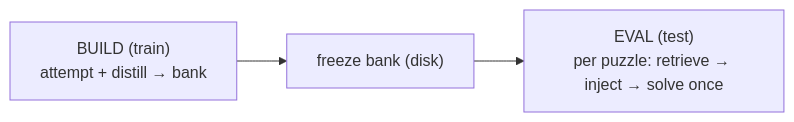
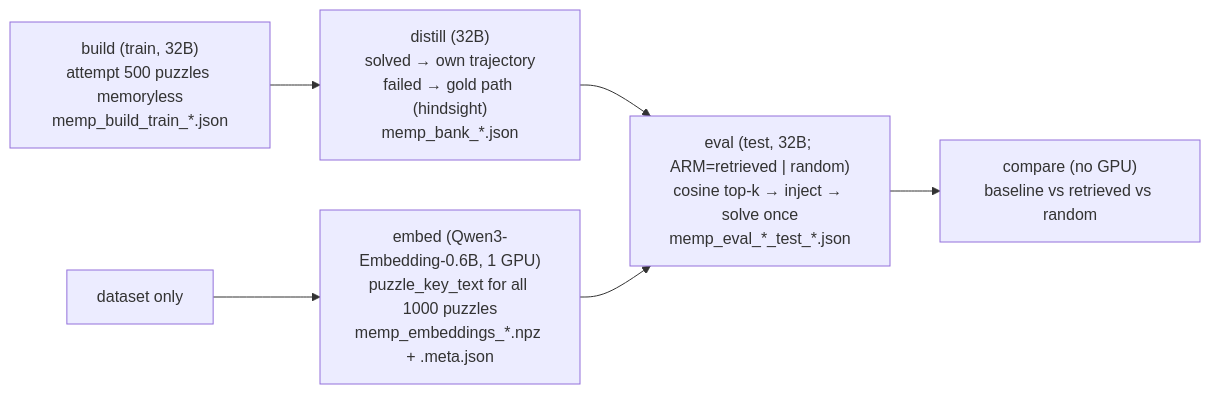
Before and after one commit to tobiTKM/bsc-thesis-memory-agents: the fifth of 5 diagrams in docs/architecture.md, drawn with Mermaid. The commit also changed other lines of this file and 8 other files, not shown here.

````diff
--- a/docs/architecture.md
+++ b/docs/architecture.md
@@ -259,5 +277,8 @@
 ```mermaid
 flowchart LR
-  B["BUILD (train)<br/>attempt + distill → bank"] --> D["freeze bank (disk)"]
-  D --> E["EVAL (test)<br/>per puzzle: retrieve → inject → solve once"]
+  B["build (train, 32B)<br/>attempt 500 puzzles memoryless<br/>memp_build_train_*.json"] --> D["distill (32B)<br/>solved → own trajectory<br/>failed → gold path (hindsight)<br/>memp_bank_*.json"]
+  DS["dataset only"] --> EM["embed (Qwen3-Embedding-0.6B, 1 GPU)<br/>puzzle_key_text for all 1000 puzzles<br/>memp_embeddings_*.npz + .meta.json"]
+  D --> EV["eval (test, 32B; ARM=retrieved | random)<br/>cosine top-k → inject → solve once<br/>memp_eval_*_test_*.json"]
+  EM --> EV
+  EV --> C["compare (no GPU)<br/>baseline vs retrieved vs random"]
 ```
````
